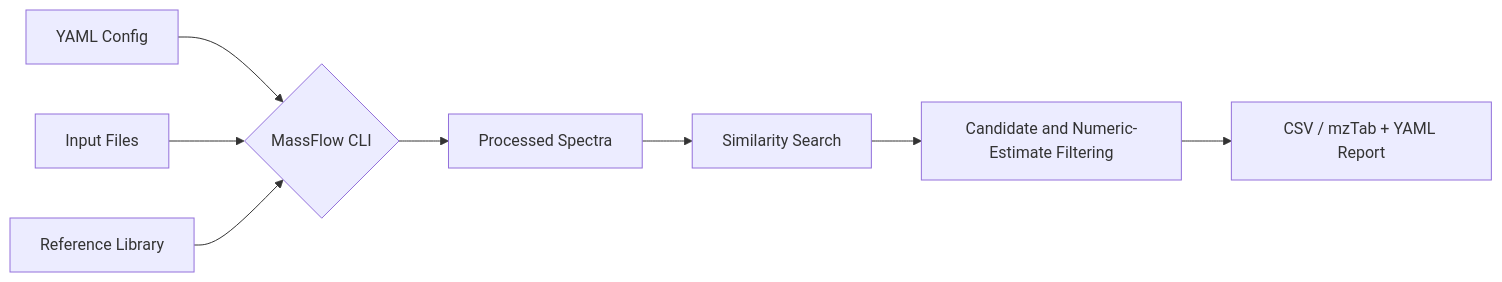
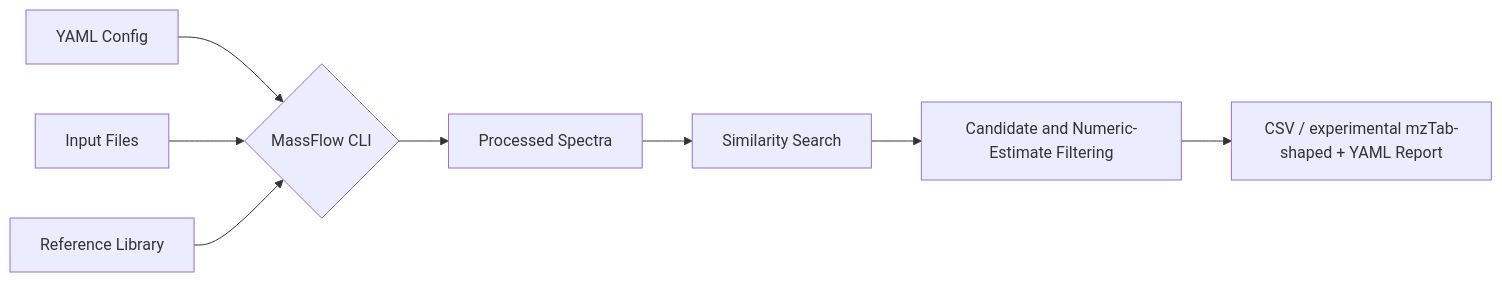
One commit to janusson/MassFlow changed the first of 3 diagrams in docs/ARCHITECTURE.md. Above: the diagram before and after it, drawn with Mermaid. The commit also changed other lines of this file and 24 other files, not shown here.

````diff
--- a/docs/ARCHITECTURE.md
+++ b/docs/ARCHITECTURE.md
@@ -45,10 +45,10 @@
 ```mermaid
 graph LR
     Config[YAML Config] --> CLI{MassFlow CLI}
     Input[Input Files] --> CLI
     Library[Reference Library] --> CLI
     CLI --> Processed[Processed Spectra]
     Processed --> Sim[Similarity Search]
     Sim --> Filter[Candidate and Numeric-Estimate Filtering]
-    Filter --> Out[CSV / mzTab + YAML Report]
+    Filter --> Out[CSV / experimental mzTab-shaped + YAML Report]
 ```
````
